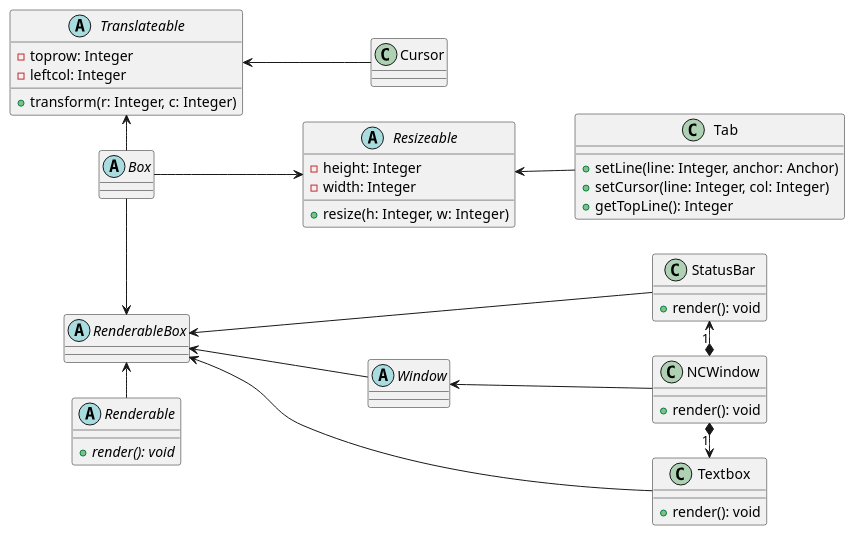
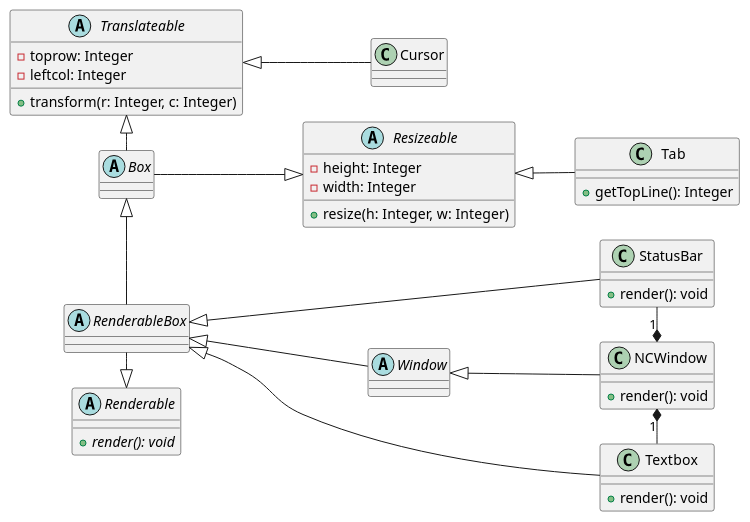
Before and after one commit to raywang999/VM: the fifth of 5 diagrams in uml.md, drawn with PlantUML. The commit also changed other lines of this file, not shown here.

Commit message:
update uml

````diff
--- a/uml.md
+++ b/uml.md
@@ -239,46 +237,44 @@
 ```plantuml
 left to right direction
 abstract Window{ }
 class Tab{
-  +setLine(line: Integer, anchor: Anchor) 
-  +setCursor(line: Integer, col: Integer)
   +getTopLine(): Integer
 }
 abstract Renderable{
   {abstract}+render(): void
 }
 class NCWindow{
   +render(): void
 }
-Translateable <-- Cursor
-NCWindow "1" *-> Textbox
-RenderableBox <-- StatusBar 
-RenderableBox <-- Textbox
-StatusBar "1" <-* NCWindow
+Translateable <|-- Cursor
+NCWindow "1" *- Textbox
+RenderableBox <|-- StatusBar 
+RenderableBox <|-- Textbox
+StatusBar "1" -* NCWindow
 class StatusBar{}
 abstract Resizeable{
   -height: Integer 
   -width: Integer
   +resize(h: Integer, w: Integer)
 }
 abstract Translateable{
   -toprow: Integer
   -leftcol: Integer
   +transform(r: Integer, c: Integer)
 }
 class StatusBar{
   +render(): void
 }
 class Textbox{
   +render(): void
 }
 abstract Box{}
-Box --> Resizeable 
-Translateable <- Box
+Box --|> Resizeable 
+Translateable <|- Box
 abstract RenderableBox {}
-Box -> RenderableBox 
-RenderableBox <- Renderable
-Window <-- NCWindow 
-RenderableBox <-- Window 
-Resizeable <-- Tab
+Box <|- RenderableBox 
+RenderableBox -|> Renderable
+Window <|-- NCWindow 
+RenderableBox <|-- Window 
+Resizeable <|-- Tab
 ```
````
